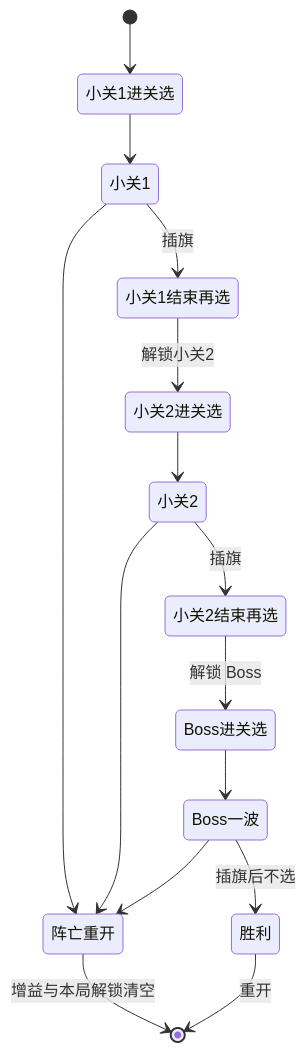
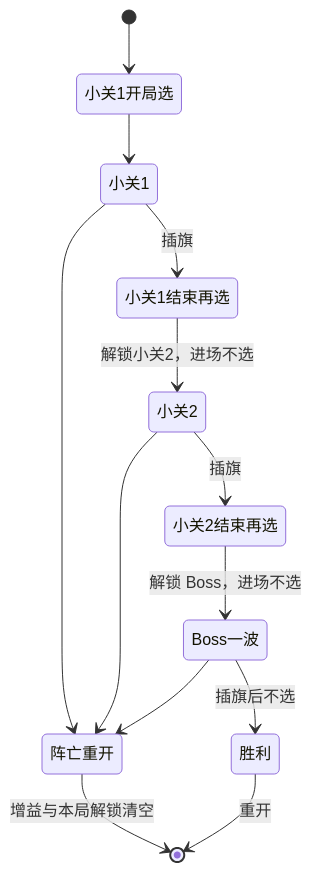
Before and after one commit to kyrie21z/Battlefield-Rouge: the second of 2 diagrams in docs/Core_Loop.md, drawn with Mermaid. The commit also changed other lines of this file and 18 other files, not shown here.

````diff
--- a/docs/Core_Loop.md
+++ b/docs/Core_Loop.md
@@ -69,17 +69,15 @@
 ```mermaid
 stateDiagram-v2
-    [*] --> 小关1进关选
-    小关1进关选 --> 小关1
+    [*] --> 小关1开局选
+    小关1开局选 --> 小关1
     小关1 --> 小关1结束再选: 插旗
-    小关1结束再选 --> 小关2进关选: 解锁小关2
-    小关2进关选 --> 小关2
+    小关1结束再选 --> 小关2: 解锁小关2，进场不选
     小关2 --> 小关2结束再选: 插旗
-    小关2结束再选 --> Boss进关选: 解锁 Boss
-    Boss进关选 --> Boss一波
+    小关2结束再选 --> Boss一波: 解锁 Boss，进场不选
     Boss一波 --> 胜利: 插旗后不选
     小关1 --> 阵亡重开
     小关2 --> 阵亡重开
     Boss一波 --> 阵亡重开
     阵亡重开 --> [*]: 增益与本局解锁清空
     胜利 --> [*]: 重开
 ```
````
